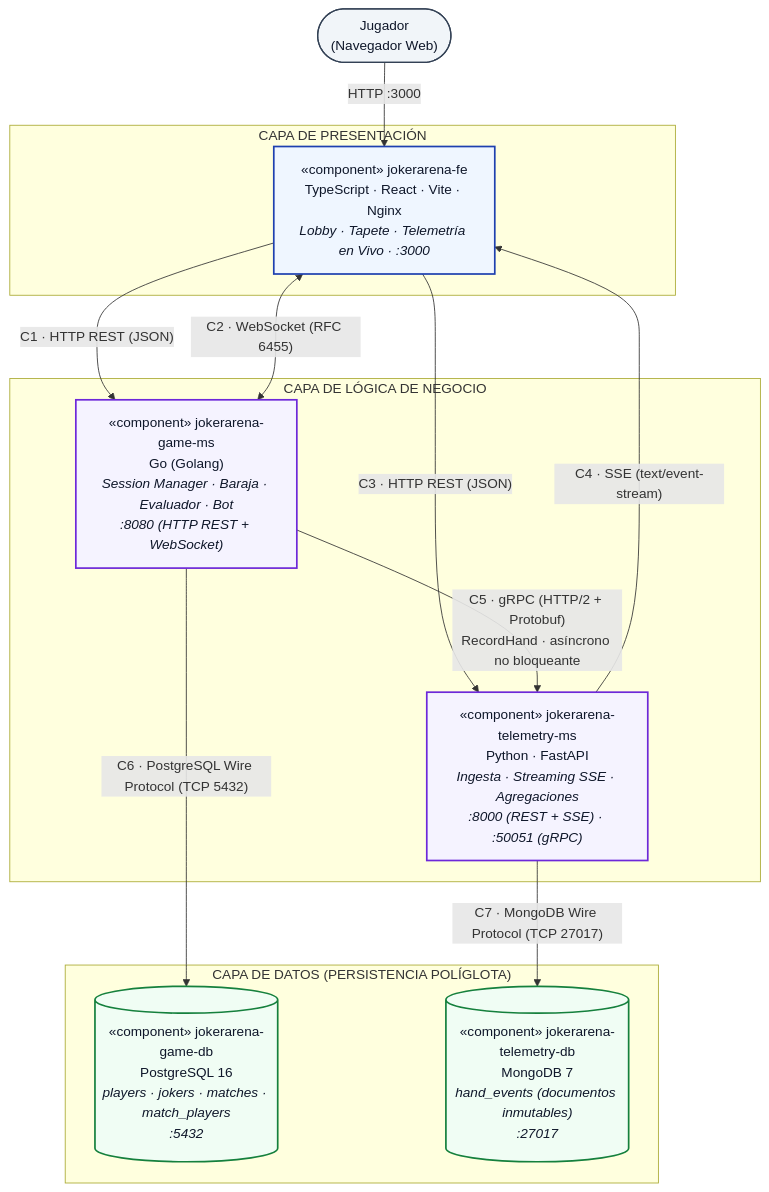
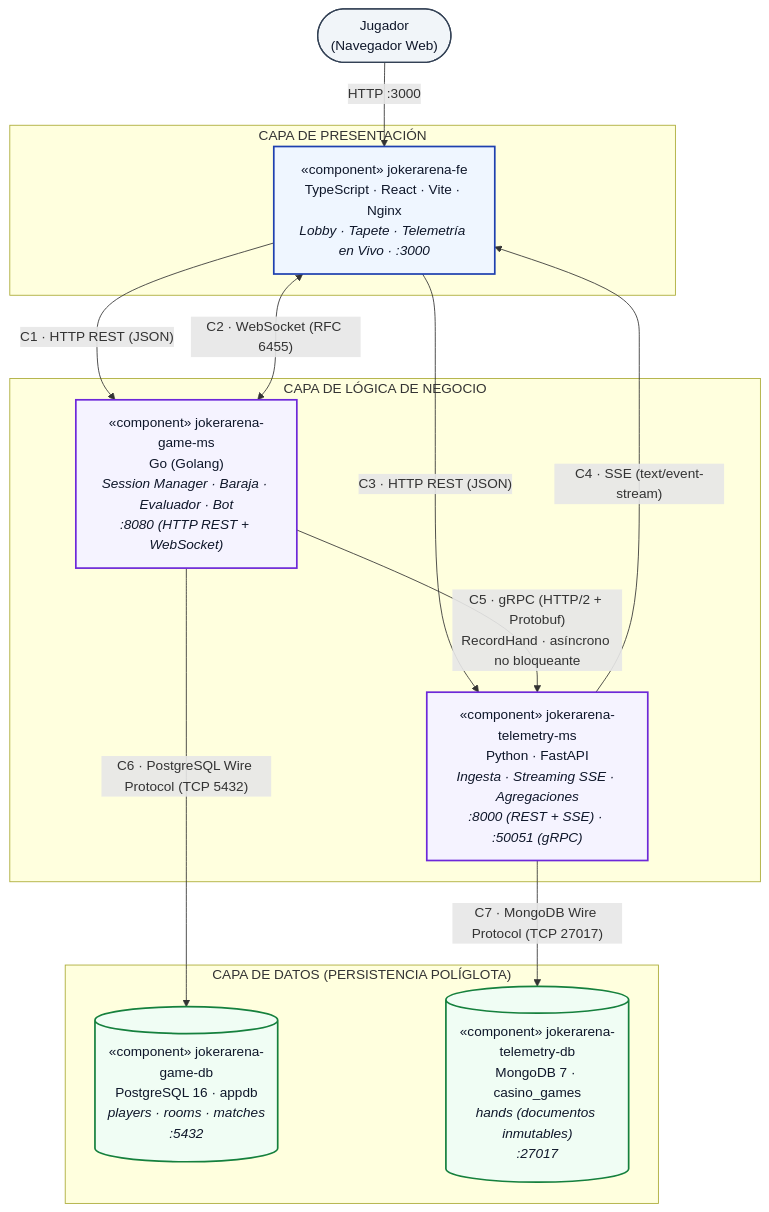
Before and after one commit to AngelDavidRuizB/joker-arena-backend: the first of 2 diagrams in p1_X.md, drawn with Mermaid. The commit also changed other lines of this file and 54 other files, not shown here.

````diff
--- a/p1_X.md
+++ b/p1_X.md
@@ -101,38 +101,38 @@
 ```mermaid
 flowchart TB
     U(["Jugador<br/>(Navegador Web)"])
 
     subgraph PRES["CAPA DE PRESENTACIÓN"]
         FE["«component» jokerarena-fe<br/>TypeScript · React · Vite · Nginx<br/><i>Lobby · Tapete · Telemetría en Vivo · :3000</i>"]
     end
 
     subgraph LOG["CAPA DE LÓGICA DE NEGOCIO"]
         GE["«component» jokerarena-game-ms<br/>Go (Golang)<br/><i>Session Manager · Baraja · Evaluador · Bot</i><br/><i>:8080 (HTTP REST + WebSocket)</i>"]
         TE["«component» jokerarena-telemetry-ms<br/>Python · FastAPI<br/><i>Ingesta · Streaming SSE · Agregaciones</i><br/><i>:8000 (REST + SSE) · :50051 (gRPC)</i>"]
     end
 
     subgraph DAT["CAPA DE DATOS (PERSISTENCIA POLÍGLOTA)"]
-        PG[("«component» jokerarena-game-db<br/>PostgreSQL 16<br/><i>players · jokers · matches · match_players</i><br/><i>:5432</i>")]
-        MG[("«component» jokerarena-telemetry-db<br/>MongoDB 7<br/><i>hand_events (documentos inmutables)</i><br/><i>:27017</i>")]
+        PG[("«component» jokerarena-game-db<br/>PostgreSQL 16 · appdb<br/><i>players · rooms · matches</i><br/><i>:5432</i>")]
+        MG[("«component» jokerarena-telemetry-db<br/>MongoDB 7 · casino_games<br/><i>hands (documentos inmutables)</i><br/><i>:27017</i>")]
     end
 
     U -->|"HTTP :3000"| FE
 
     FE -->|"C1 · HTTP REST (JSON)"| GE
     FE <-->|"C2 · WebSocket (RFC 6455)"| GE
     FE -->|"C3 · HTTP REST (JSON)"| TE
     TE -->|"C4 · SSE (text/event-stream)"| FE
     GE -->|"C5 · gRPC (HTTP/2 + Protobuf)<br/>RecordHand · asíncrono no bloqueante"| TE
     GE -->|"C6 · PostgreSQL Wire Protocol (TCP 5432)"| PG
     TE -->|"C7 · MongoDB Wire Protocol (TCP 27017)"| MG
 
     classDef pres fill:#eff6ff,stroke:#1e40af,stroke-width:2px,color:#0f172a;
     classDef logic fill:#f5f3ff,stroke:#6d28d9,stroke-width:2px,color:#0f172a;
     classDef data fill:#f0fdf4,stroke:#15803d,stroke-width:2px,color:#0f172a;
     classDef actor fill:#f1f5f9,stroke:#334155,stroke-width:1.5px,color:#0f172a;
 
     class FE pres;
     class GE,TE logic;
     class PG,MG data;
     class U actor;
 ```
````
